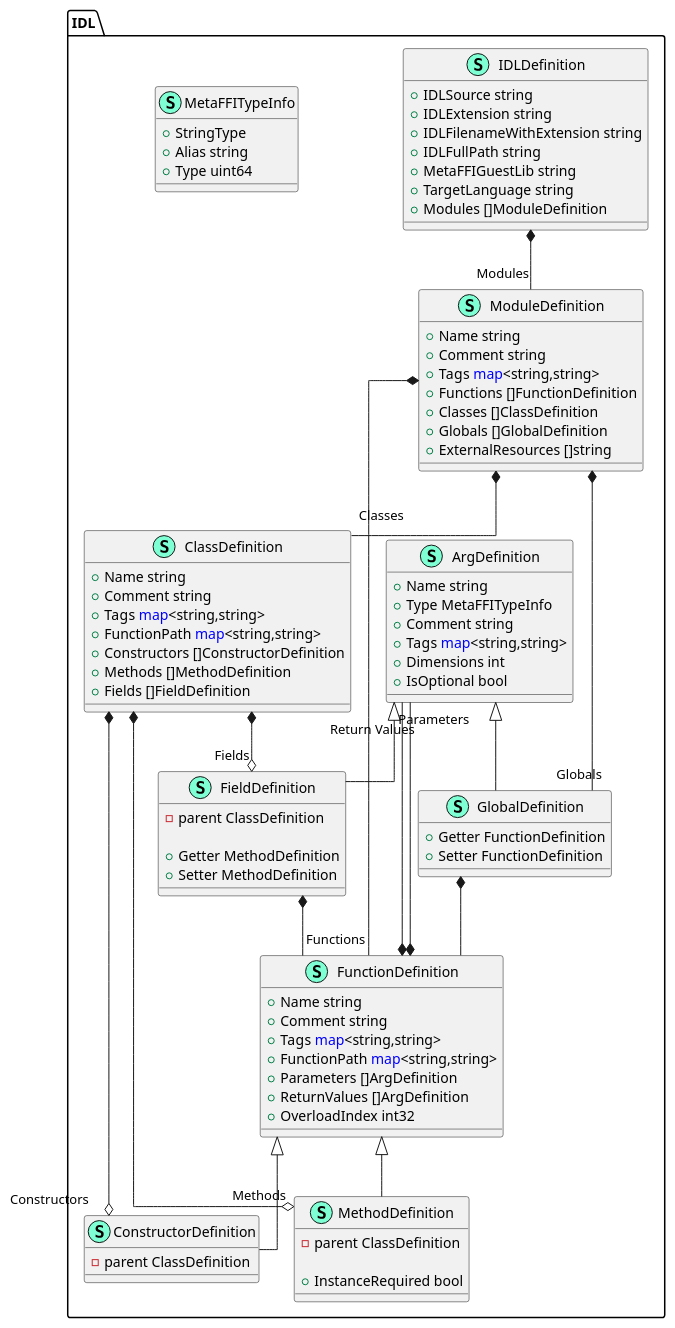
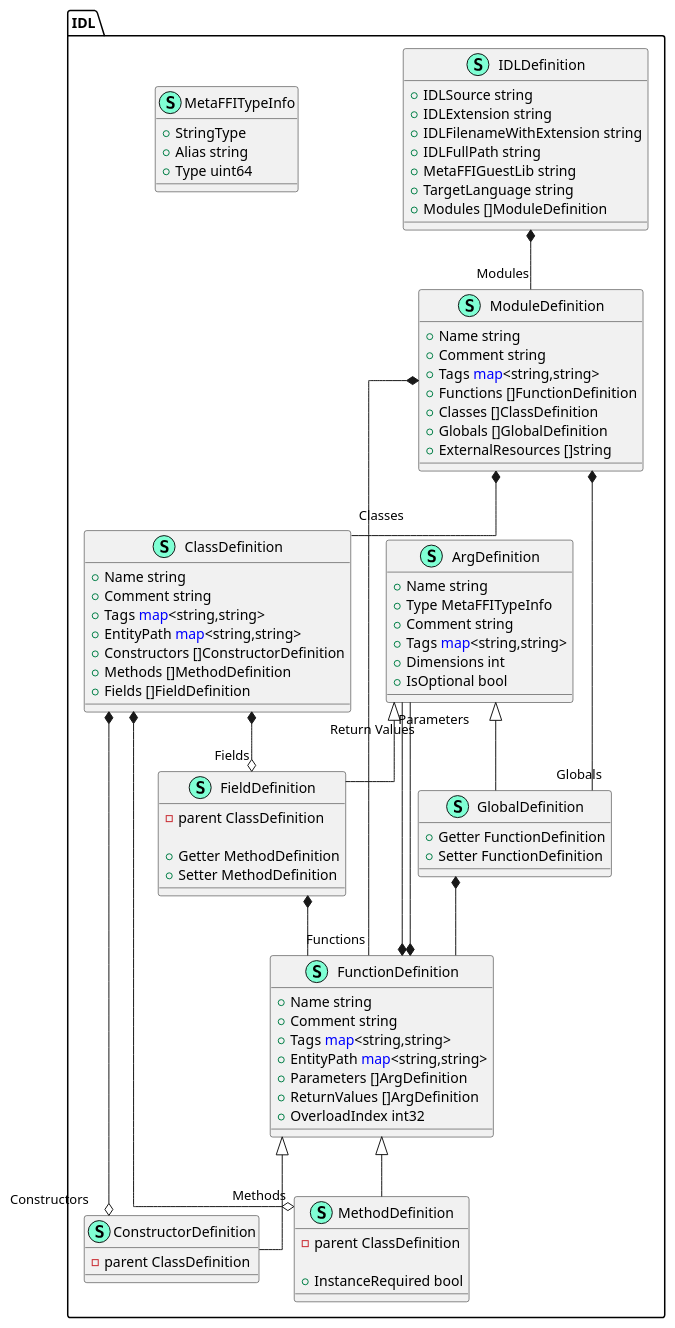
One commit to MetaFFI/plugin-sdk changed the diagram in compiler/go/IDL/IDLDefinition.puml. Above: the diagram before and after it, drawn with PlantUML. The commit also changed 17 other files, not shown here.

```diff
--- a/compiler/go/IDL/IDLDefinition.puml
+++ b/compiler/go/IDL/IDLDefinition.puml
@@ -1,97 +1,97 @@
 @startuml
 skinparam linetype ortho
 namespace IDL {
     class ArgDefinition << (S,Aquamarine) >> {
         + Name string
         + Type MetaFFITypeInfo
         + Comment string
         + Tags <font color=blue>map</font><string,string>
         + Dimensions int
         + IsOptional bool
     }
     class ClassDefinition << (S,Aquamarine) >> {
         + Name string
         + Comment string
         + Tags <font color=blue>map</font><string,string>
-        + FunctionPath <font color=blue>map</font><string,string>
+        + EntityPath <font color=blue>map</font><string,string>
         + Constructors []ConstructorDefinition
         + Methods []MethodDefinition
         + Fields []FieldDefinition
     }
     class ConstructorDefinition << (S,Aquamarine) >> {
         - parent ClassDefinition
 
     }
     class FieldDefinition << (S,Aquamarine) >> {
         - parent ClassDefinition
 
         + Getter MethodDefinition
         + Setter MethodDefinition
     }
     class FunctionDefinition << (S,Aquamarine) >> {
         + Name string
         + Comment string
         + Tags <font color=blue>map</font><string,string>
-        + FunctionPath <font color=blue>map</font><string,string>
+        + EntityPath <font color=blue>map</font><string,string>
         + Parameters []ArgDefinition
         + ReturnValues []ArgDefinition
         + OverloadIndex int32
     }
     class GlobalDefinition << (S,Aquamarine) >> {
         + Getter FunctionDefinition
         + Setter FunctionDefinition
     }
     class IDLDefinition << (S,Aquamarine) >> {
         + IDLSource string
         + IDLExtension string
         + IDLFilenameWithExtension string
         + IDLFullPath string
         + MetaFFIGuestLib string
         + TargetLanguage string
         + Modules []ModuleDefinition
     }
     class MetaFFITypeInfo << (S,Aquamarine) >> {
     	+ StringType
     	+ Alias string
     	+ Type uint64
     }
     class MethodDefinition << (S,Aquamarine) >> {
         - parent ClassDefinition
 
         + InstanceRequired bool
     }
     class ModuleDefinition << (S,Aquamarine) >> {
         + Name string
         + Comment string
         + Tags <font color=blue>map</font><string,string>
         + Functions []FunctionDefinition
         + Classes []ClassDefinition
         + Globals []GlobalDefinition
         + ExternalResources []string
     }
 
     "IDL.IDLDefinition" *-- "Modules" "IDL.ModuleDefinition"
 
     "IDL.ModuleDefinition" *-- "Functions" "IDL.FunctionDefinition"
     "IDL.ModuleDefinition" *-- "Classes" "IDL.ClassDefinition"
     "IDL.ModuleDefinition" *-- "Globals" "IDL.GlobalDefinition"
 
     "IDL.ClassDefinition" *--o "Constructors" "IDL.ConstructorDefinition"
     "IDL.ClassDefinition" *--o "Methods" "IDL.MethodDefinition"
     "IDL.ClassDefinition" *--o "Fields" "IDL.FieldDefinition"
 
     "IDL.FunctionDefinition" <|-- "IDL.ConstructorDefinition"
     "IDL.FunctionDefinition" <|-- "IDL.MethodDefinition"
     "IDL.FunctionDefinition" *-- "Parameters" "IDL.ArgDefinition"
     "IDL.FunctionDefinition" *-- "Return Values" "IDL.ArgDefinition"
 
     "IDL.GlobalDefinition" *-- "IDL.FunctionDefinition"
     "IDL.FieldDefinition" *-- "IDL.FunctionDefinition"
 
     "IDL.ArgDefinition" <|-- "IDL.FieldDefinition"
     "IDL.ArgDefinition" <|-- "IDL.GlobalDefinition"
 }
 
 
 
 @enduml
```
